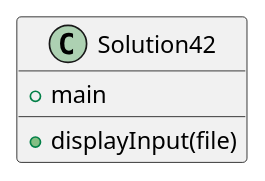
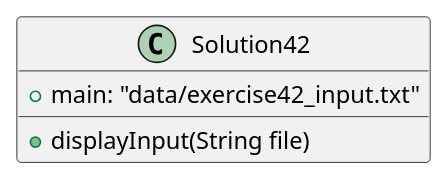
Before and after one commit to Fed-Abreu/AbreuSeymour-a04: the diagram in exercise42/docs/Solution42UML.puml, drawn with PlantUML. The commit also changed 5 other files, not shown here.

```diff
--- a/exercise42/docs/Solution42UML.puml
+++ b/exercise42/docs/Solution42UML.puml
@@ -1,11 +1,11 @@
 @startuml
 'https://plantuml.com/class-diagram
 
 class Solution42{
-+main
-+displayInput(file)
++main: "data/exercise42_input.txt"
++displayInput(String file)
 }
 
 
 
 @enduml
```
